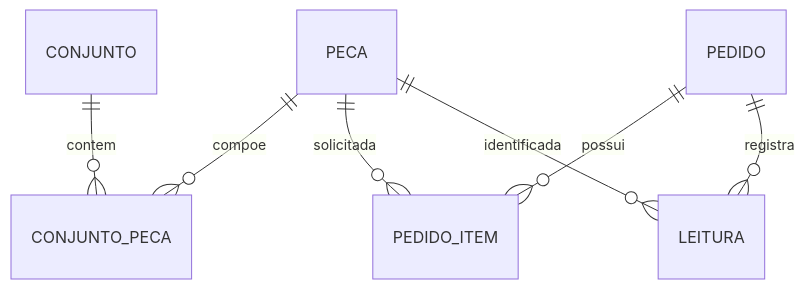
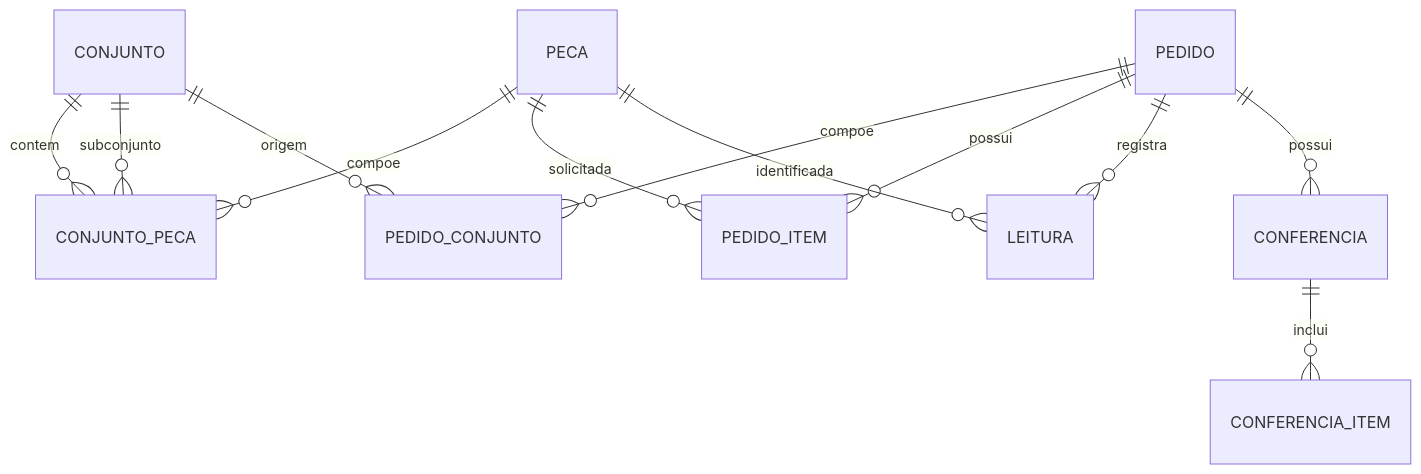
One commit to Sales232/tagcontrol-senai changed the diagram in docs/modelo-de-dados.md. Above: the diagram before and after it, drawn with Mermaid. The commit also changed other lines of this file and 43 other files, not shown here.

````diff
--- a/docs/modelo-de-dados.md
+++ b/docs/modelo-de-dados.md
@@ -7,9 +7,14 @@
 ```mermaid
 erDiagram
     PECA ||--o{ CONJUNTO_PECA : compoe
     CONJUNTO ||--o{ CONJUNTO_PECA : contem
+    CONJUNTO ||--o{ CONJUNTO_PECA : subconjunto
+    CONJUNTO ||--o{ PEDIDO_CONJUNTO : origem
+    PEDIDO ||--o{ PEDIDO_CONJUNTO : compoe
     PECA ||--o{ PEDIDO_ITEM : solicitada
     PEDIDO ||--o{ PEDIDO_ITEM : possui
     PECA ||--o{ LEITURA : identificada
     PEDIDO ||--o{ LEITURA : registra
+    PEDIDO ||--o{ CONFERENCIA : possui
+    CONFERENCIA ||--o{ CONFERENCIA_ITEM : inclui
 ```
````
